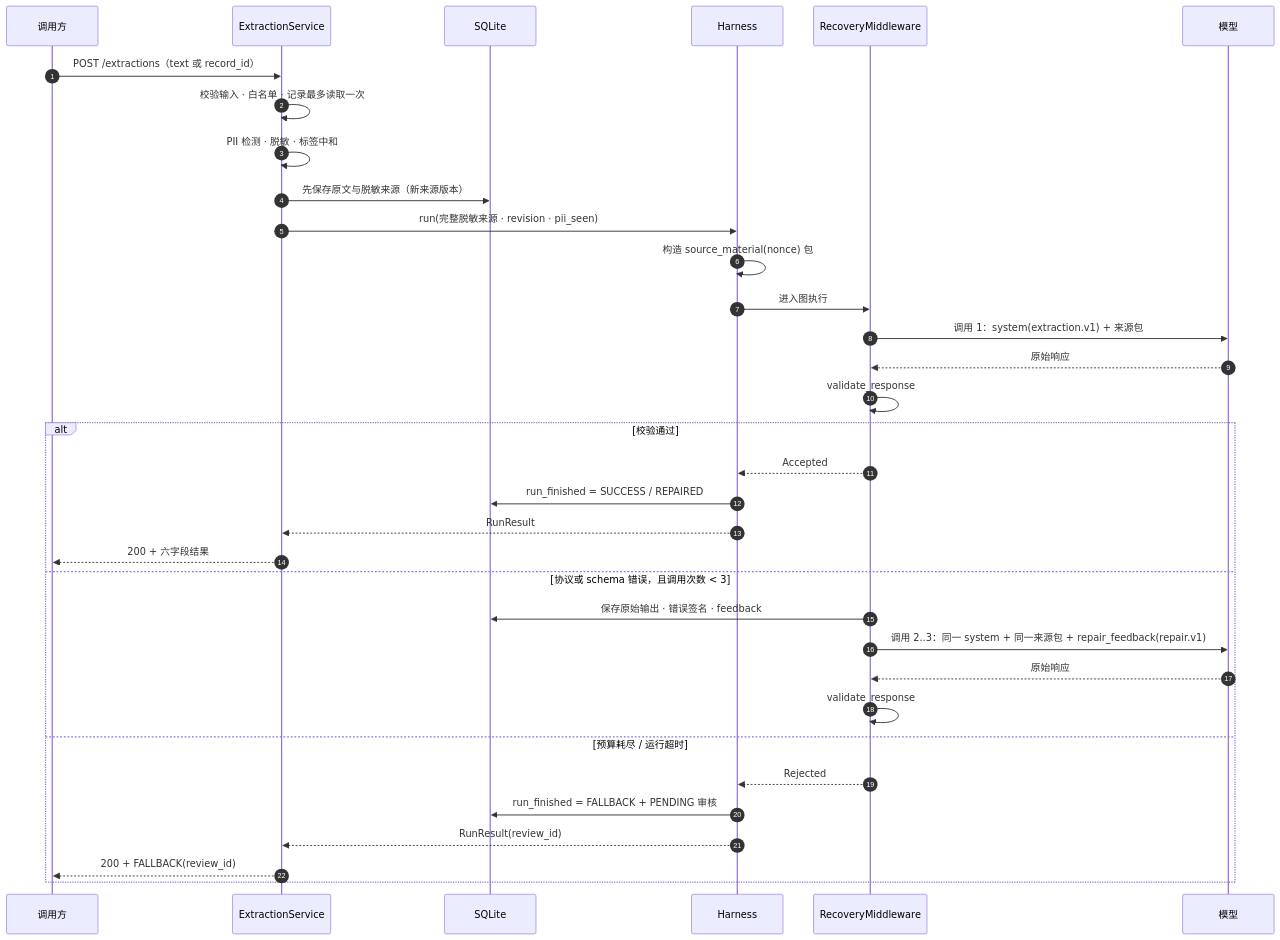
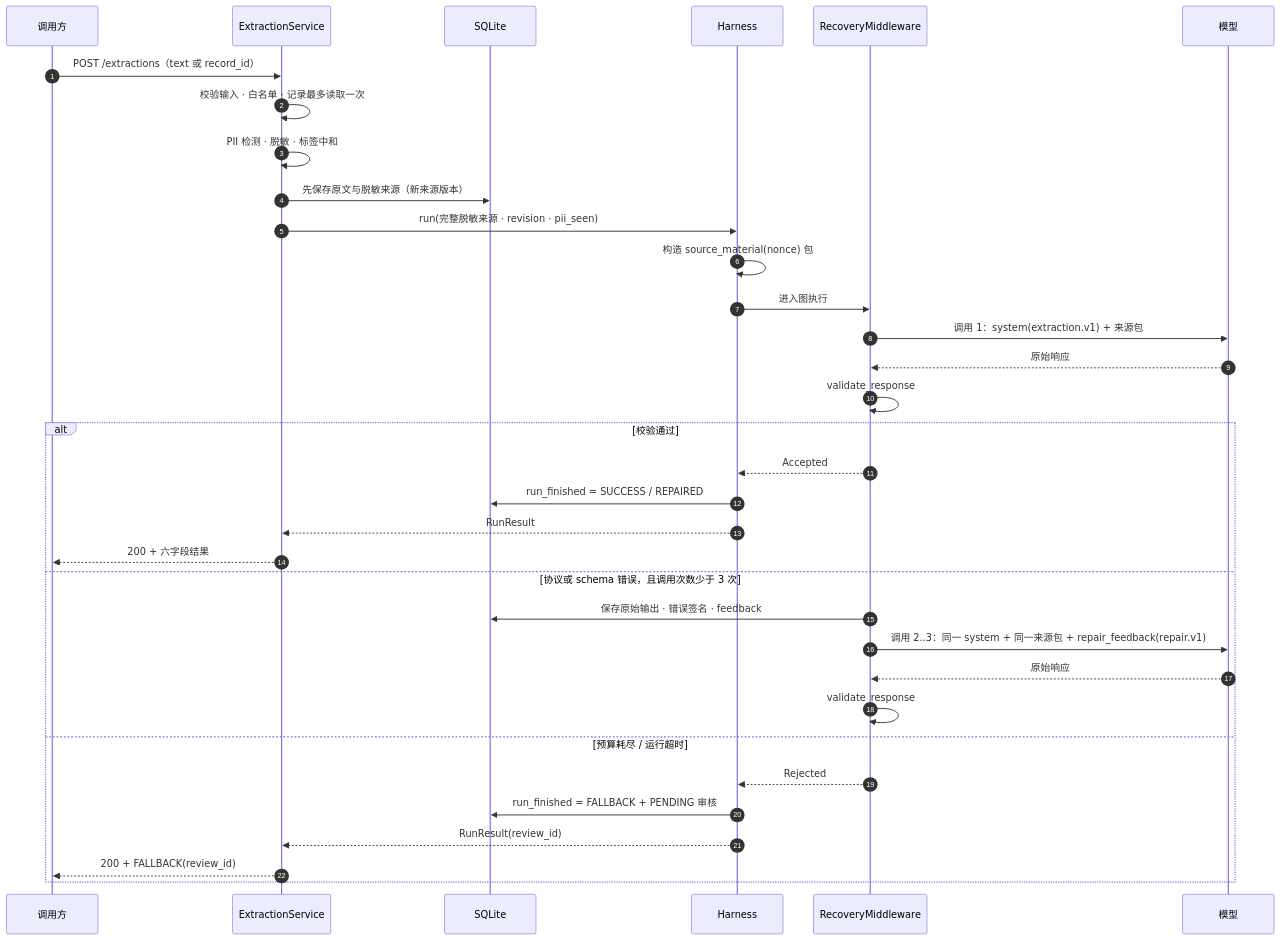
One commit to guch96/support-extraction-harness changed the second of 2 diagrams in README.md. Above: the diagram before and after it, drawn with Mermaid.

Commit message:
docs: avoid html-like comparison text in the message flow diagram

````diff
--- a/README.md
+++ b/README.md
@@ -221,39 +221,39 @@
 ```mermaid
 sequenceDiagram
     autonumber
     participant C as 调用方
     participant S as ExtractionService
     participant DB as SQLite
     participant H as Harness
     participant M as RecoveryMiddleware
     participant L as 模型
 
     C->>S: POST /extractions（text 或 record_id）
     S->>S: 校验输入 · 白名单 · 记录最多读取一次
     S->>S: PII 检测 · 脱敏 · 标签中和
     S->>DB: 先保存原文与脱敏来源（新来源版本）
     S->>H: run(完整脱敏来源 · revision · pii_seen)
     H->>H: 构造 source_material(nonce) 包
 
     H->>M: 进入图执行
     M->>L: 调用 1：system(extraction.v1) + 来源包
     L-->>M: 原始响应
     M->>M: validate_response
 
     alt 校验通过
         M-->>H: Accepted
         H->>DB: run_finished = SUCCESS / REPAIRED
         H-->>S: RunResult
         S-->>C: 200 + 六字段结果
-    else 协议或 schema 错误，且调用次数 < 3
+    else 协议或 schema 错误，且调用次数少于 3 次
         M->>DB: 保存原始输出 · 错误签名 · feedback
         M->>L: 调用 2..3：同一 system + 同一来源包 + repair_feedback(repair.v1)
         L-->>M: 原始响应
         M->>M: validate_response
     else 预算耗尽 / 运行超时
         M-->>H: Rejected
         H->>DB: run_finished = FALLBACK + PENDING 审核
         H-->>S: RunResult(review_id)
         S-->>C: 200 + FALLBACK(review_id)
     end
 ```
````
